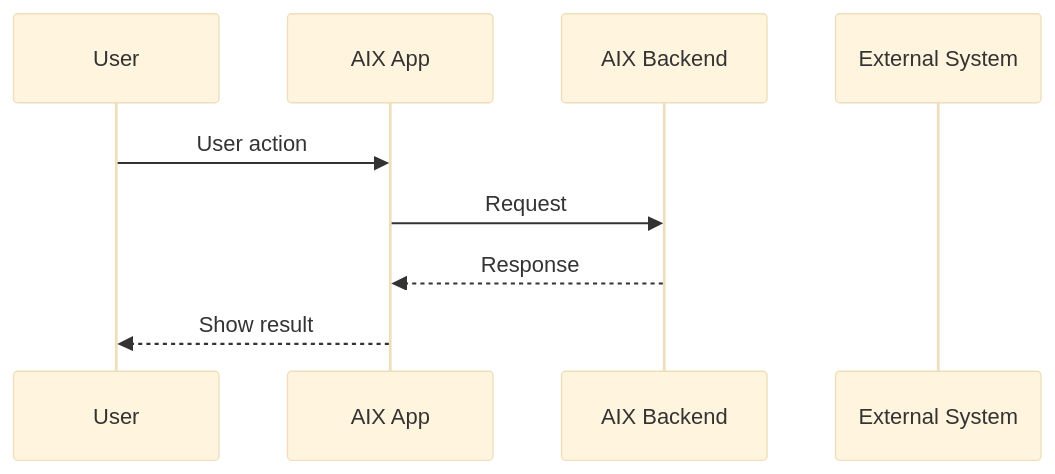
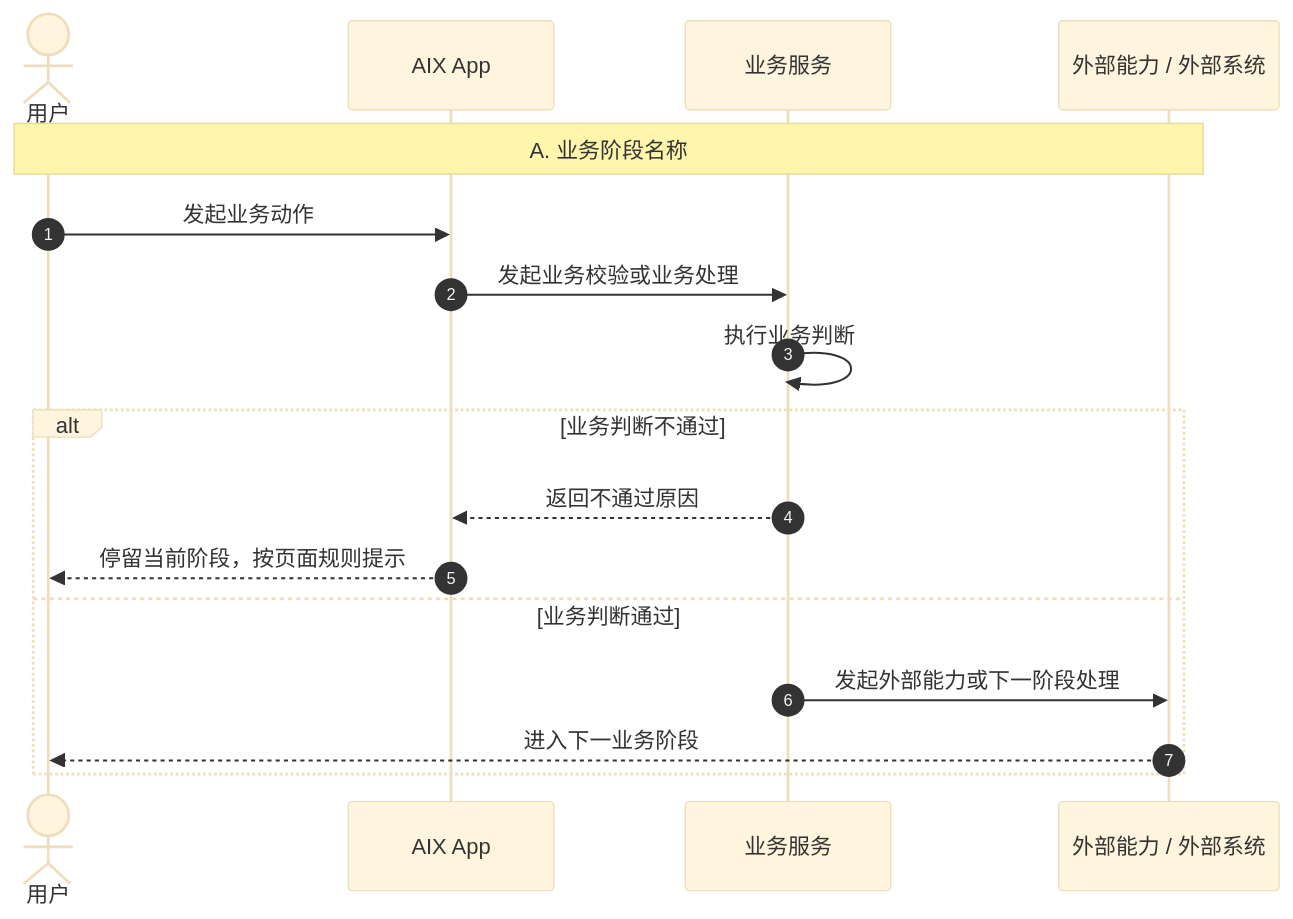
The first of 2 diagrams in prd-template/standard-prd-template.md (kelvin381539960-cyber/prd-for-ai), drawn with Mermaid (base theme) before and after one commit. The commit also changed other lines of this file, not shown here.

Commit message:
Add strict business sequence diagram writing rules to PRD template

````diff
--- a/prd-template/standard-prd-template.md
+++ b/prd-template/standard-prd-template.md
@@ -63,12 +69,21 @@
 ```mermaid
 sequenceDiagram
-  participant User
-  participant App as AIX App
-  participant Backend as AIX Backend
-  participant External as External System
+    autonumber
+    actor 用户
+    participant App as AIX App
+    participant Service as 业务服务
+    participant External as 外部能力 / 外部系统
 
-  User->>App: User action
-  App->>Backend: Request
-  Backend-->>App: Response
-  App-->>User: Show result
+    Note over 用户,External: A. 业务阶段名称
+    用户->>App: 发起业务动作
+    App->>Service: 发起业务校验或业务处理
+    Service->>Service: 执行业务判断
+
+    alt 业务判断不通过
+        Service-->>App: 返回不通过原因
+        App-->>用户: 停留当前阶段，按页面规则提示
+    else 业务判断通过
+        Service->>External: 发起外部能力或下一阶段处理
+        External-->>用户: 进入下一业务阶段
+    end
 ```
````
